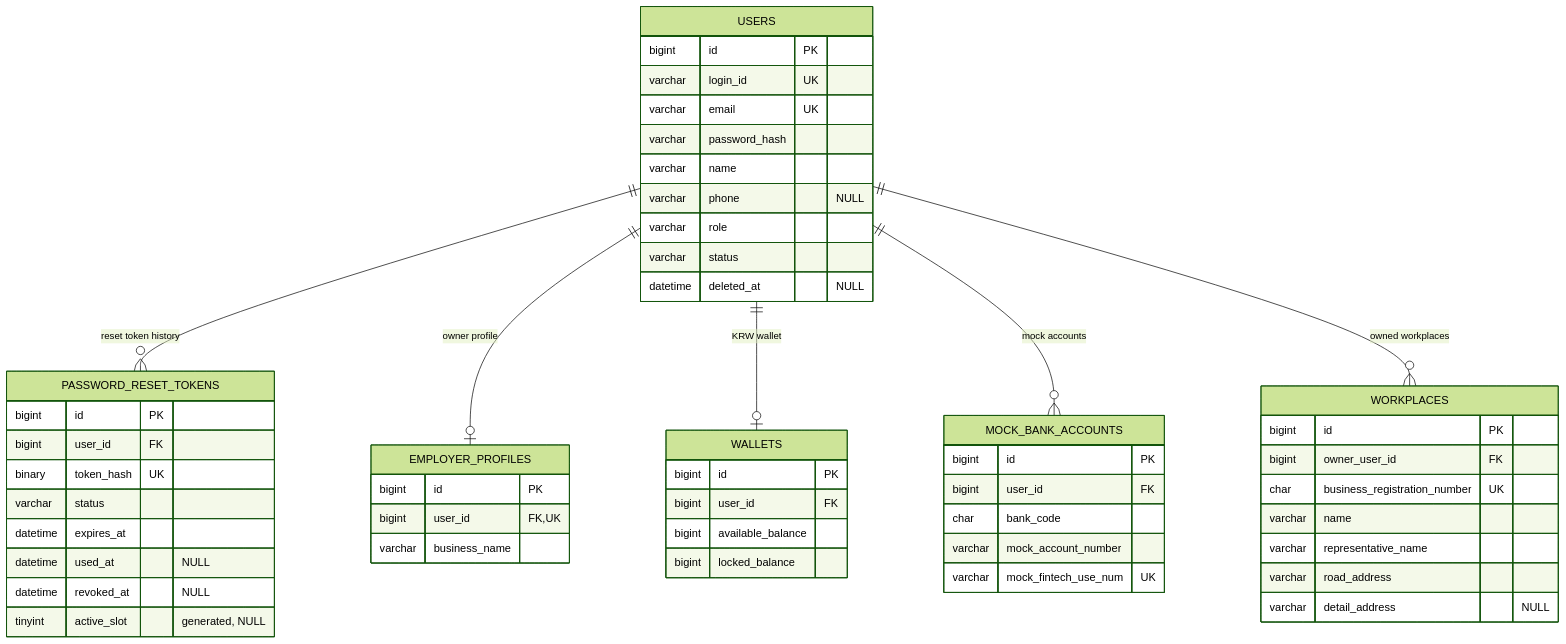
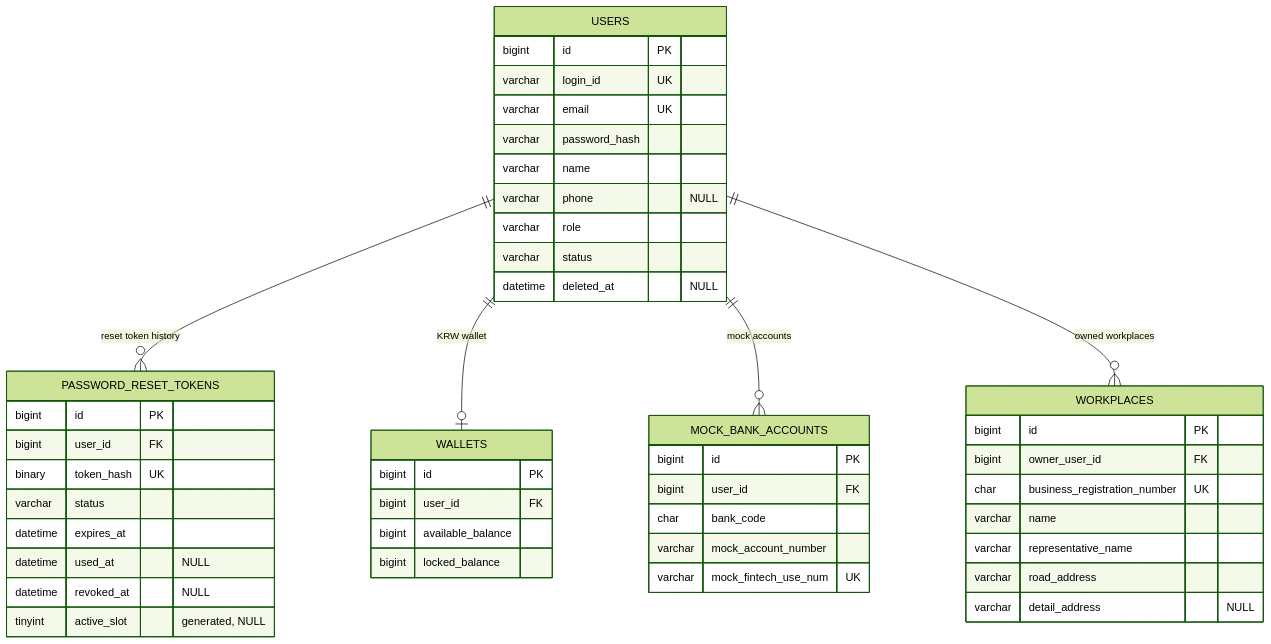
The second of 6 diagrams in docs/DATABASE_SCHEMA_ERD.md (Flamingo7562/KB-PJT-24-2), drawn with Mermaid (forest theme) before and after one commit. The commit also changed other lines of this file and 4 other files, not shown here.

Commit message:
docs: [DB] Schema Head 202608041138 정렬 (#186)

````diff
--- a/docs/DATABASE_SCHEMA_ERD.md
+++ b/docs/DATABASE_SCHEMA_ERD.md
@@ -566,57 +555,51 @@
 ```mermaid
 erDiagram
     USERS {
         bigint id PK
         varchar login_id UK
         varchar email UK
         varchar password_hash
         varchar name
         varchar phone "NULL"
         varchar role
         varchar status
         datetime deleted_at "NULL"
     }
     PASSWORD_RESET_TOKENS {
         bigint id PK
         bigint user_id FK
         binary token_hash UK
         varchar status
         datetime expires_at
         datetime used_at "NULL"
         datetime revoked_at "NULL"
         tinyint active_slot "generated, NULL"
-    }
-    EMPLOYER_PROFILES {
-        bigint id PK
-        bigint user_id FK, UK
-        varchar business_name
     }
     WALLETS {
         bigint id PK
         bigint user_id FK
         bigint available_balance
         bigint locked_balance
     }
     MOCK_BANK_ACCOUNTS {
         bigint id PK
         bigint user_id FK
         char bank_code
         varchar mock_account_number
         varchar mock_fintech_use_num UK
     }
     WORKPLACES {
         bigint id PK
         bigint owner_user_id FK
         char business_registration_number UK
         varchar name
         varchar representative_name
         varchar road_address
         varchar detail_address "NULL"
     }
 
     USERS ||--o{ PASSWORD_RESET_TOKENS : "reset token history"
-    USERS ||--o| EMPLOYER_PROFILES : "owner profile"
     USERS ||--o| WALLETS : "KRW wallet"
     USERS ||--o{ MOCK_BANK_ACCOUNTS : "mock accounts"
     USERS ||--o{ WORKPLACES : "owned workplaces"
 ```
````
